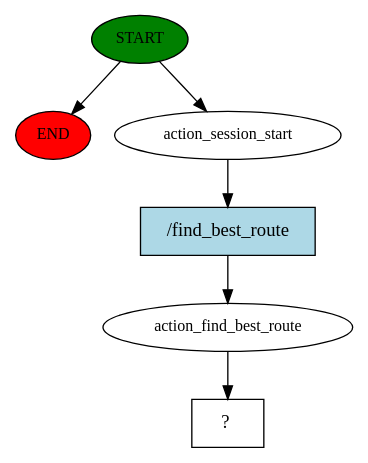
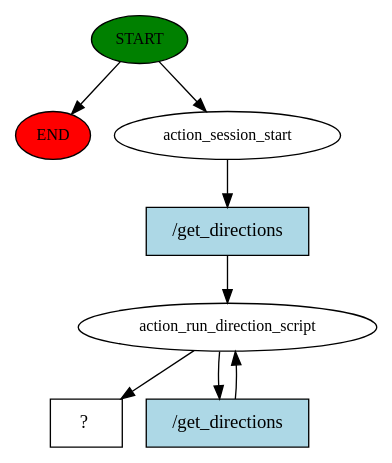
Before and after one commit to Chameleon-company/MOP-Code: the diagram in artificial-intelligence/chatbot/code/mpt_bot/story_graph.dot, drawn with Graphviz. The commit also changed 3 other files, not shown here.

```diff
--- a/artificial-intelligence/chatbot/code/mpt_bot/story_graph.dot
+++ b/artificial-intelligence/chatbot/code/mpt_bot/story_graph.dot
@@ -1,13 +1,16 @@
 digraph  {
 0 [class="start active", fillcolor=green, fontsize=12, label=START, style=filled];
 "-1" [class=end, fillcolor=red, fontsize=12, label=END, style=filled];
 1 [class=active, fontsize=12, label=action_session_start];
-2 [class=active, fontsize=12, label=action_find_best_route];
-3 [class="intent dashed active", label="  ?  ", shape=rect];
-4 [class="intent active", fillcolor=lightblue, label="/find_best_route", shape=rect, style=filled];
+2 [class=active, fontsize=12, label=action_run_direction_script];
+4 [class="intent dashed active", label="  ?  ", shape=rect];
+5 [class="intent active", fillcolor=lightblue, label="/get_directions", shape=rect, style=filled];
+6 [class="intent active", fillcolor=lightblue, label="/get_directions", shape=rect, style=filled];
 0 -> "-1"  [class="", key=NONE, label=""];
 0 -> 1  [class=active, key=NONE, label=""];
-1 -> 4  [class=active, key=0];
-2 -> 3  [class=active, key=NONE, label=""];
-4 -> 2  [class=active, key=0];
+1 -> 5  [class=active, key=0];
+2 -> 4  [class=active, key=NONE, label=""];
+2 -> 6  [class=active, key=0];
+5 -> 2  [class=active, key=0];
+6 -> 2  [class=active, key=0];
 }
```
